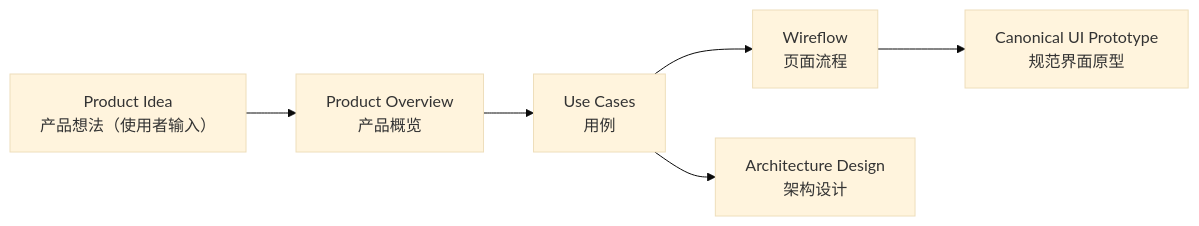
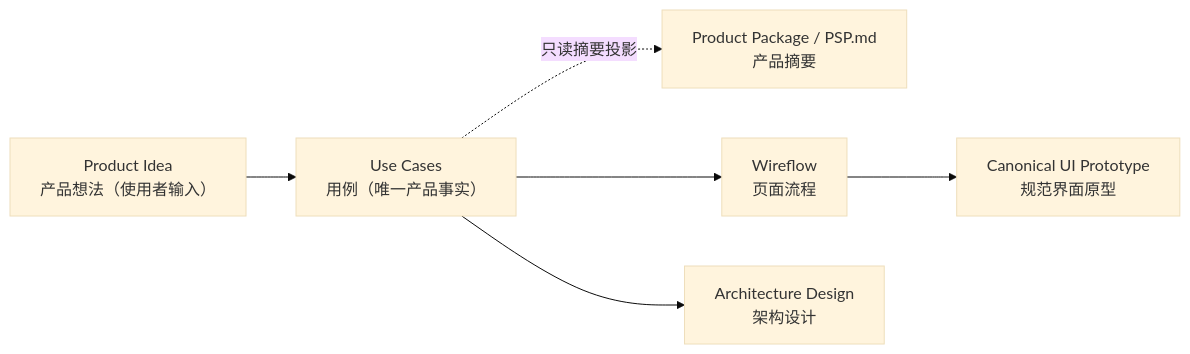
One commit to bigsmartben/pre-sdd changed the first of 3 diagrams in templates/workspace/README.md. Above: the diagram before and after it, drawn with Mermaid (base theme). The commit also changed other lines of this file and 26 other files, not shown here.

Commit message:
refactor(product-design): derive product package from use cases

````diff
--- a/templates/workspace/README.md
+++ b/templates/workspace/README.md
@@ -34,8 +34,8 @@
 ```mermaid
 flowchart LR
-    I["Product Idea<br/>产品想法（使用者输入）"] --> O["Product Overview<br/>产品概览"]
-    O --> U["Use Cases<br/>用例"]
+    I["Product Idea<br/>产品想法（使用者输入）"] --> U["Use Cases<br/>用例（唯一产品事实）"]
+    U -.只读摘要投影.-> O["Product Package / PSP.md<br/>产品摘要"]
     U --> W["Wireflow<br/>页面流程"]
     W --> C["Canonical UI Prototype<br/>规范界面原型"]
     U --> A["Architecture Design<br/>架构设计"]
 ```
````
